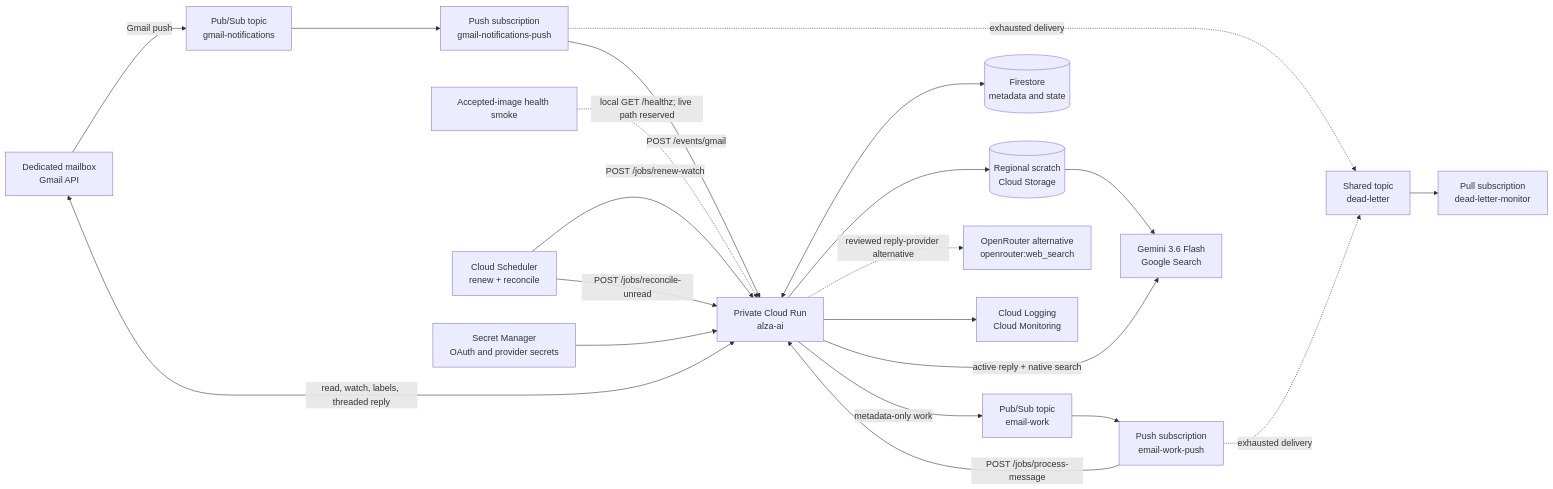
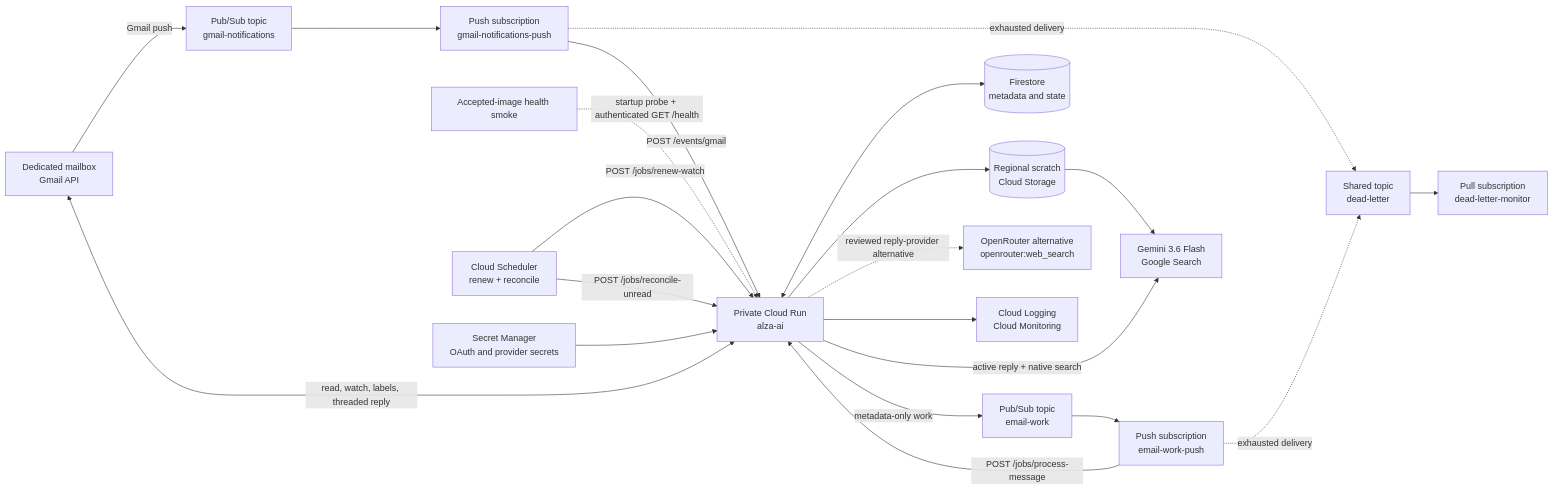
Before and after one commit to mathemage/Alza-AI-enablement-eng-2026_v1: the diagram in docs/design.md, drawn with Mermaid. The commit also changed other lines of this file and 13 other files, not shown here.

````diff
--- a/docs/design.md
+++ b/docs/design.md
@@ -62,35 +62,35 @@
 ```mermaid
 flowchart LR
     gmail["Dedicated mailbox<br/>Gmail API"]
     notifications["Pub/Sub topic<br/>gmail-notifications"]
     notificationPush["Push subscription<br/>gmail-notifications-push"]
     work["Pub/Sub topic<br/>email-work"]
     workPush["Push subscription<br/>email-work-push"]
     deadLetter["Shared topic<br/>dead-letter"]
     deadLetterMonitor["Pull subscription<br/>dead-letter-monitor"]
     service["Private Cloud Run<br/>alza-ai"]
     smoke["Accepted-image health smoke"]
     scheduler["Cloud Scheduler<br/>renew + reconcile"]
     firestore[("Firestore<br/>metadata and state")]
     scratch[("Regional scratch<br/>Cloud Storage")]
     gemini["Gemini 3.6 Flash<br/>Google Search"]
     openrouter["OpenRouter alternative<br/>openrouter:web_search"]
     secrets["Secret Manager<br/>OAuth and provider secrets"]
     observability["Cloud Logging<br/>Cloud Monitoring"]
 
     gmail -->|"Gmail push"| notifications --> notificationPush
     notificationPush -->|"POST /events/gmail"| service
     service -->|"metadata-only work"| work --> workPush
     workPush -->|"POST /jobs/process-message"| service
     notificationPush -. "exhausted delivery" .-> deadLetter
     workPush -. "exhausted delivery" .-> deadLetter --> deadLetterMonitor
-    smoke -.->|"local GET /healthz; live path reserved"| service
+    smoke -.->|"startup probe + authenticated GET /health"| service
     scheduler -->|"POST /jobs/renew-watch"| service
     scheduler -->|"POST /jobs/reconcile-unread"| service
     service <--> firestore
     service --> scratch --> gemini
     service -->|"active reply + native search"| gemini
     service -. "reviewed reply-provider alternative" .-> openrouter
     secrets --> service --> observability
     service <-->|"read, watch, labels, threaded reply"| gmail
 ```
````
